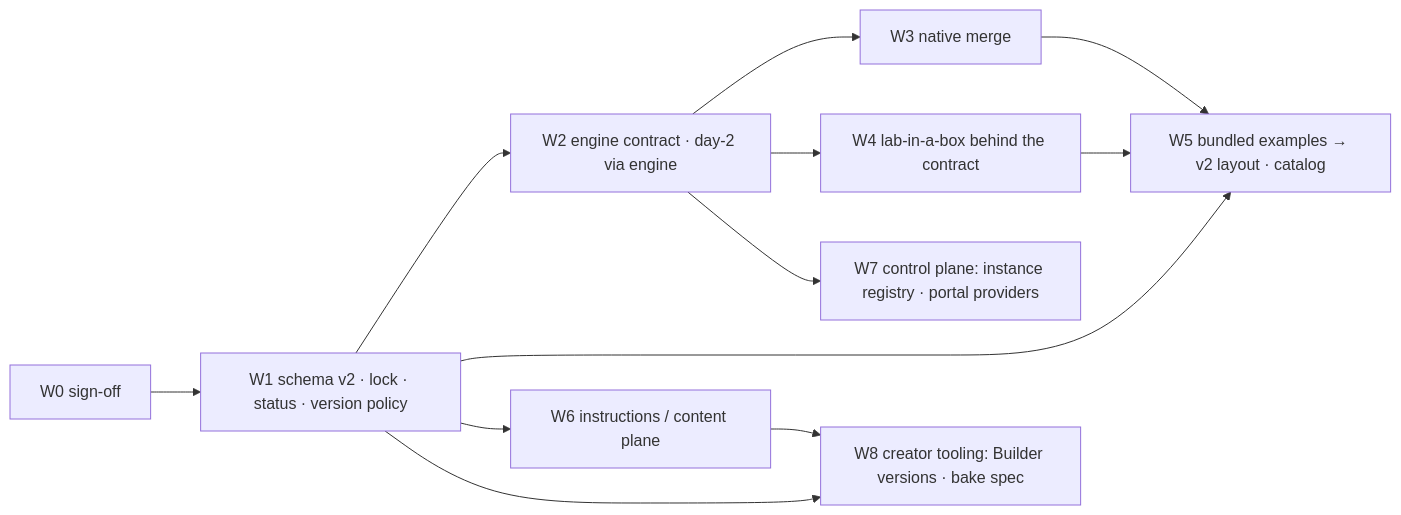
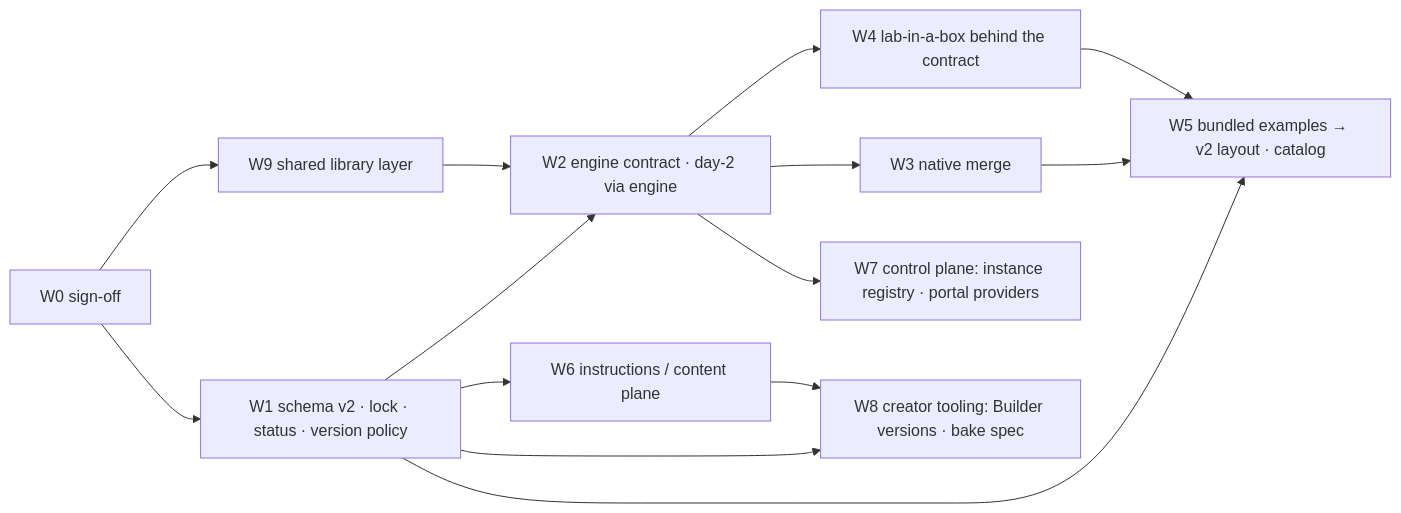
The diagram in docs/design/architecture-v2-work.md (avaleror/rodeo-cli), drawn with Mermaid before and after one commit. The commit also changed other lines of this file and 2 other files, not shown here.

Commit message:
docs(design): shared library layer (rodeo/lib) as a principle and epic W9

````diff
--- a/docs/design/architecture-v2-work.md
+++ b/docs/design/architecture-v2-work.md
@@ -28,14 +28,16 @@
 ```mermaid
 flowchart LR
   W0[W0 sign-off] --> W1[W1 schema v2 · lock · status · version policy]
   W1 --> W2[W2 engine contract · day-2 via engine]
   W2 --> W3[W3 native merge]
   W2 --> W4[W4 lab-in-a-box behind the contract]
   W1 --> W5[W5 bundled examples → v2 layout · catalog]
   W3 --> W5
   W4 --> W5
   W1 --> W6[W6 instructions / content plane]
   W2 --> W7["W7 control plane: instance registry · portal providers"]
   W1 --> W8["W8 creator tooling: Builder versions · bake spec"]
+  W0 --> W9["W9 shared library layer"]
+  W9 --> W2
   W6 --> W8
 ```
````
